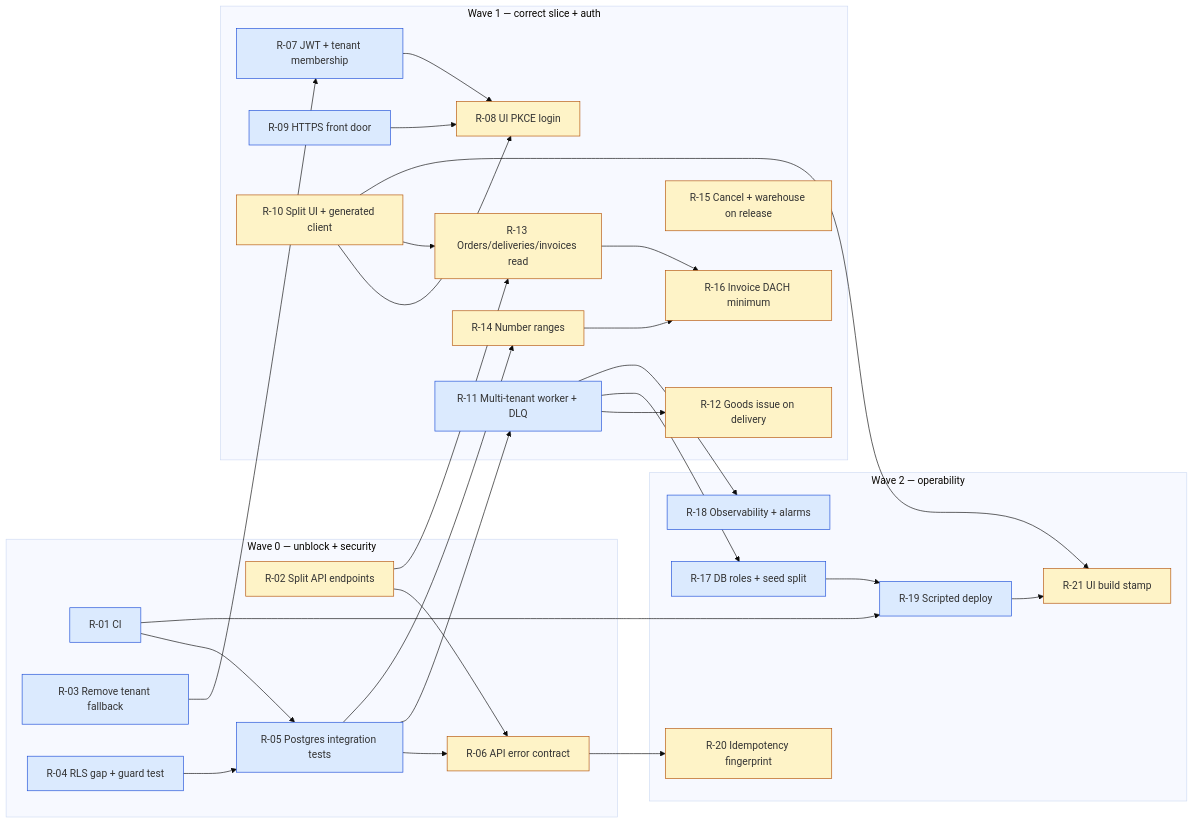
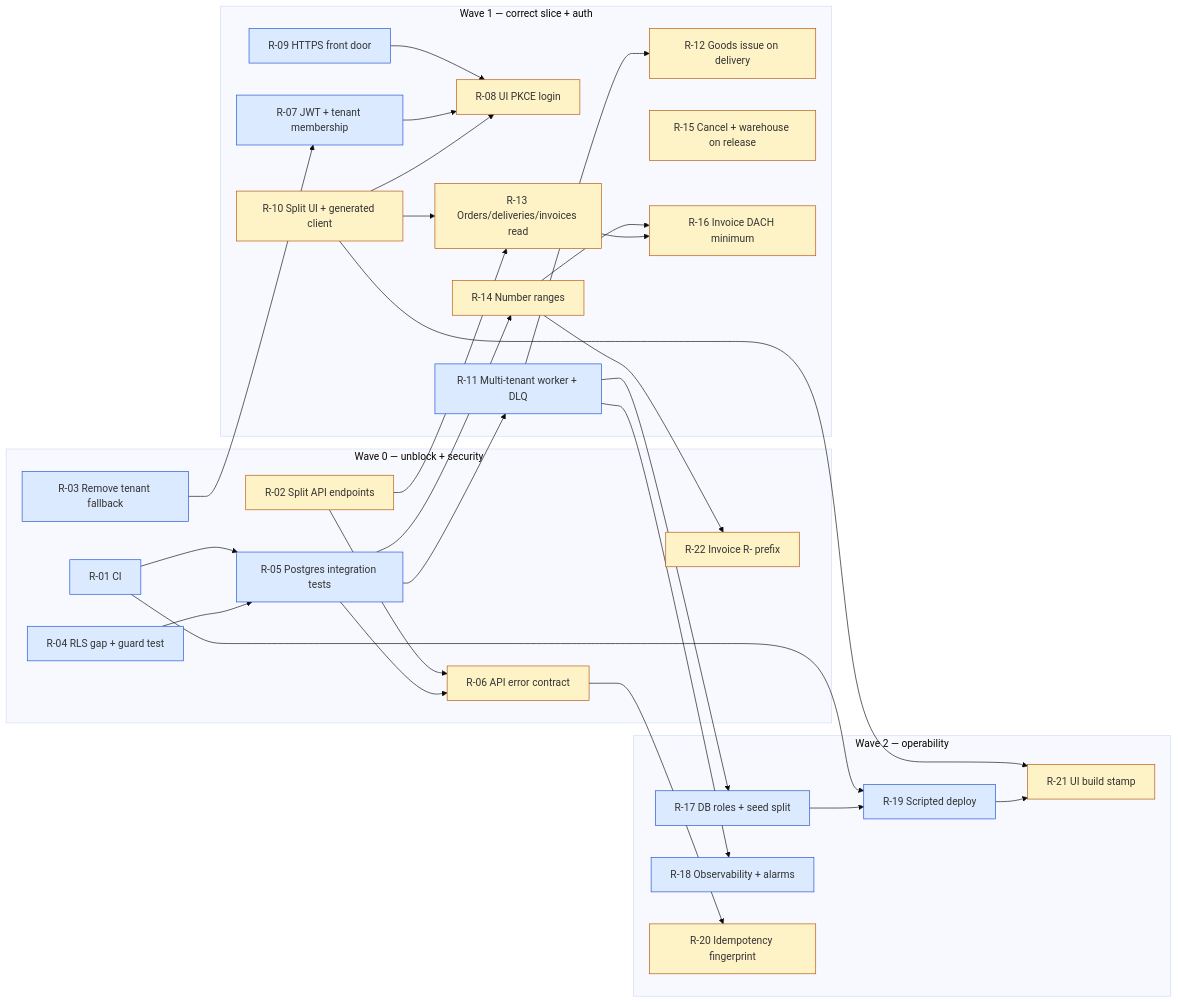
One commit to cvsckrause/cvsTest changed the diagram in docs/plans/2026-10-14-roadmap-next-work-items.md. Above: the diagram before and after it, drawn with Mermaid (base theme). The commit also changed other lines of this file, not shown here.

Commit message:
Add a Wave 0 todo for invoice numbers with an R- prefix.

````diff
--- a/docs/plans/2026-10-14-roadmap-next-work-items.md
+++ b/docs/plans/2026-10-14-roadmap-next-work-items.md
@@ -61,54 +61,56 @@
 ```mermaid
 flowchart LR
   subgraph W0[Wave 0 — unblock + security]
     R01[R-01 CI]:::a
     R02[R-02 Split API endpoints]:::b
     R03[R-03 Remove tenant fallback]:::a
     R04[R-04 RLS gap + guard test]:::a
     R05[R-05 Postgres integration tests]:::a
     R06[R-06 API error contract]:::b
+    R22[R-22 Invoice R- prefix]:::b
   end
   subgraph W1[Wave 1 — correct slice + auth]
     R07[R-07 JWT + tenant membership]:::a
     R08[R-08 UI PKCE login]:::b
     R09[R-09 HTTPS front door]:::a
     R10[R-10 Split UI + generated client]:::b
     R11[R-11 Multi-tenant worker + DLQ]:::a
     R12[R-12 Goods issue on delivery]:::b
     R13[R-13 Orders/deliveries/invoices read]:::b
     R14[R-14 Number ranges]:::b
     R15[R-15 Cancel + warehouse on release]:::b
     R16[R-16 Invoice DACH minimum]:::b
   end
   subgraph W2[Wave 2 — operability]
     R17[R-17 DB roles + seed split]:::a
     R18[R-18 Observability + alarms]:::a
     R19[R-19 Scripted deploy]:::a
     R20[R-20 Idempotency fingerprint]:::b
     R21[R-21 UI build stamp]:::b
   end
   R01 --> R05
   R04 --> R05
   R02 --> R06
   R05 --> R06
   R03 --> R07
   R09 --> R08
   R07 --> R08
   R10 --> R08
   R05 --> R11
   R11 --> R12
   R10 --> R13
   R02 --> R13
   R05 --> R14
   R14 --> R16
+  R14 --> R22
   R13 --> R16
   R11 --> R17
   R11 --> R18
   R01 --> R19
   R17 --> R19
   R06 --> R20
   R10 --> R21
   R19 --> R21
   classDef a fill:#dbeafe,stroke:#1d4ed8
   classDef b fill:#fef3c7,stroke:#b45309
 ```
````
